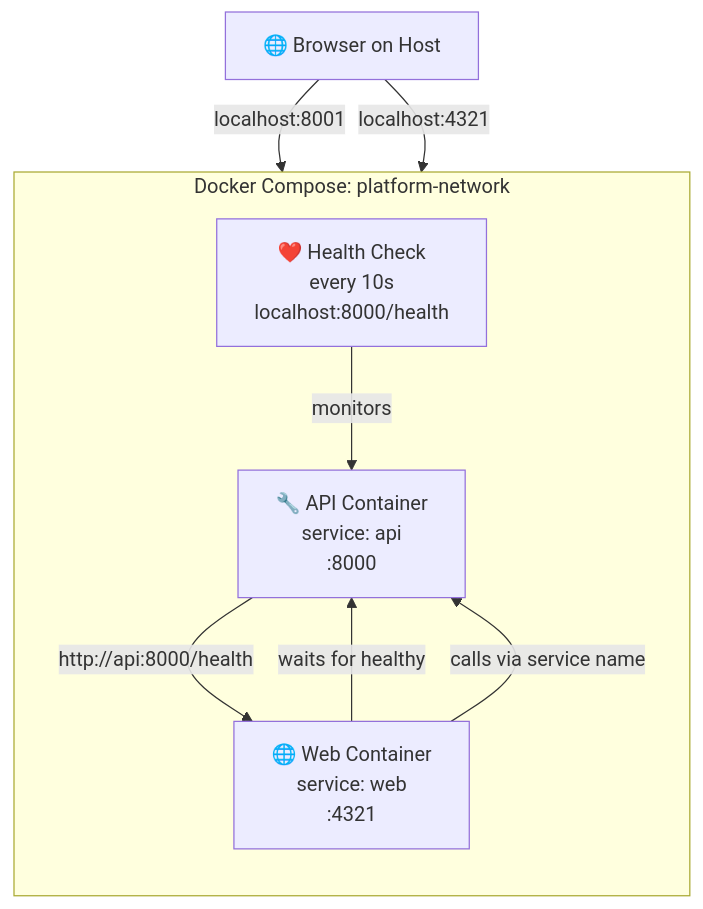
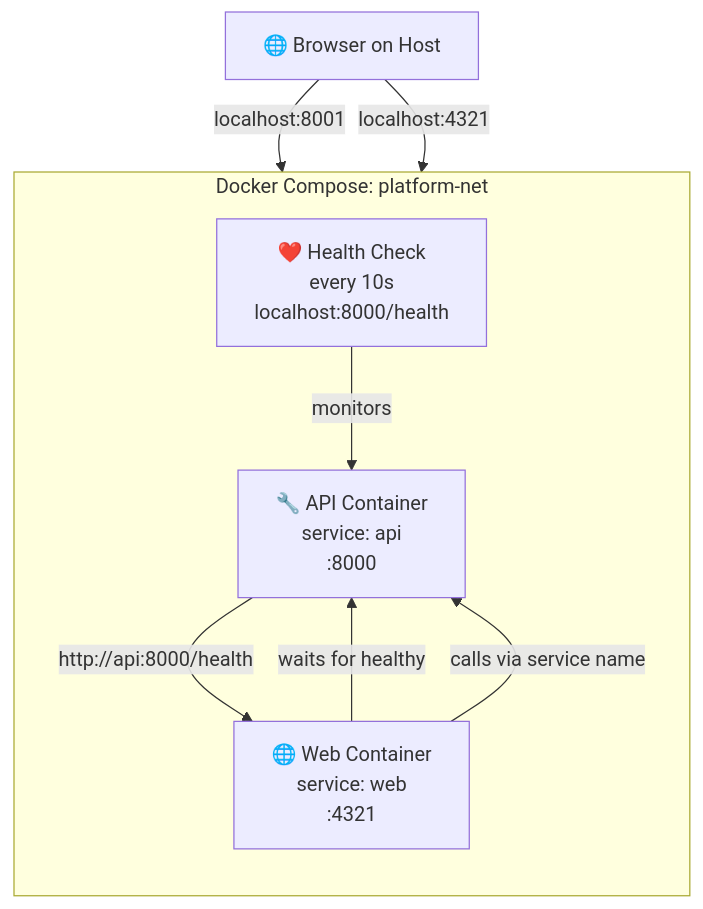
One commit to HYP3R00T/gitops-deployment-platform changed the diagram in docs/platform/local-development/layer-2-docker-compose.md. Above: the diagram before and after it, drawn with Mermaid. The commit also changed other lines of this file and 2 other files, not shown here.

Commit message:
feat(docs): add Docker Compose guide link to navigation

````diff
--- a/docs/platform/local-development/layer-2-docker-compose.md
+++ b/docs/platform/local-development/layer-2-docker-compose.md
@@ -184,19 +187,19 @@
 ```mermaid
 graph TB
-    subgraph Compose["Docker Compose: platform-network"]
+    subgraph Compose["Docker Compose: platform-net"]
         direction TB
         HealthCheck["❤️ Health Check<br/>every 10s<br/>localhost:8000/health"]
         API["🔧 API Container<br/>service: api<br/>:8000"]
         Web["🌐 Web Container<br/>service: web<br/>:4321"]
     end
 
     Browser["🌐 Browser on Host"]
 
     HealthCheck -->|monitors| API
     Web -->|waits for healthy| API
     Web -->|calls via service name| API
     API -->|http://api:8000/health| Web
 
     Browser -->|localhost:8001| API
     Browser -->|localhost:4321| Web
 ```
````
